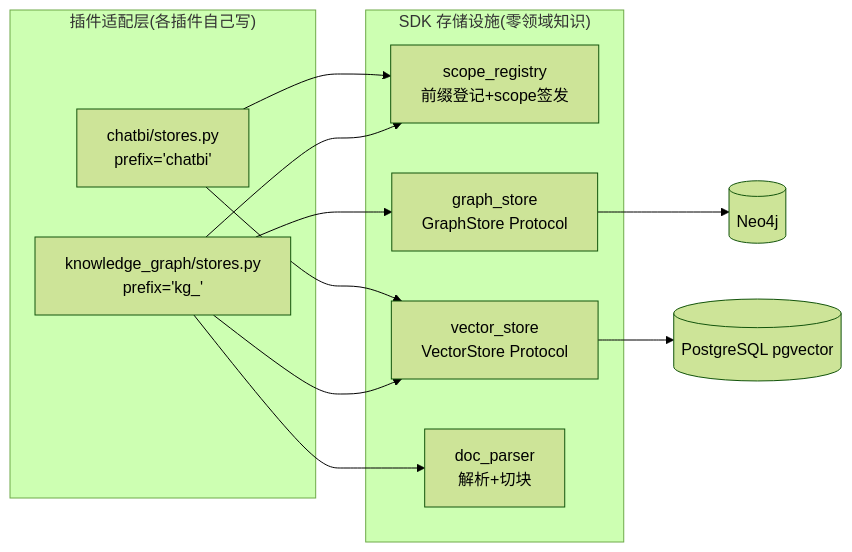
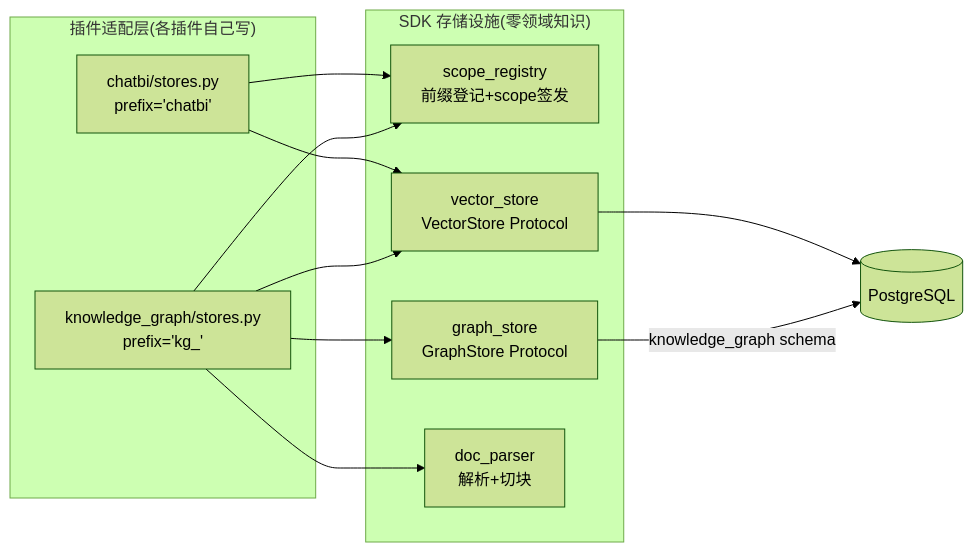
One commit to 996Code/llm-to-modeler changed diagram 25 of 37 in doc/系统架构与学习指南.md. Above: the diagram before and after it, drawn with Mermaid (forest theme). The commit also changed other lines of this file and 127 other files, not shown here.

First line of the commit message:
refactor(storage): 图存储切换 Neo4j→PostgreSQL 并清退全部遗留配置

````diff
--- a/doc/系统架构与学习指南.md
+++ b/doc/系统架构与学习指南.md
@@ -967,17 +967,17 @@
 ```mermaid
 graph LR
     subgraph "插件适配层(各插件自己写)"
         KG[knowledge_graph/stores.py<br/>prefix='kg_']
         BI[chatbi/stores.py<br/>prefix='chatbi']
     end
     subgraph "SDK 存储设施(零领域知识)"
         SR[scope_registry<br/>前缀登记+scope签发]
         GS[graph_store<br/>GraphStore Protocol]
         VS[vector_store<br/>VectorStore Protocol]
         DP[doc_parser<br/>解析+切块]
     end
     KG --> SR & GS & VS & DP
     BI --> SR & VS
-    GS --> Neo4j[(Neo4j)]
-    VS --> PG[(PostgreSQL pgvector)]
+    GS -->|knowledge_graph schema| PG[(PostgreSQL)]
+    VS --> PG
 ```
````
